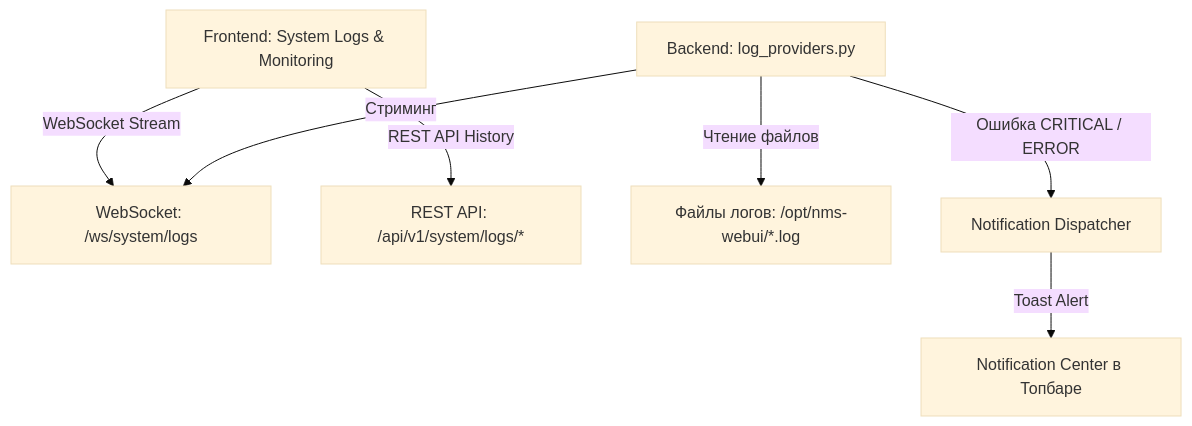
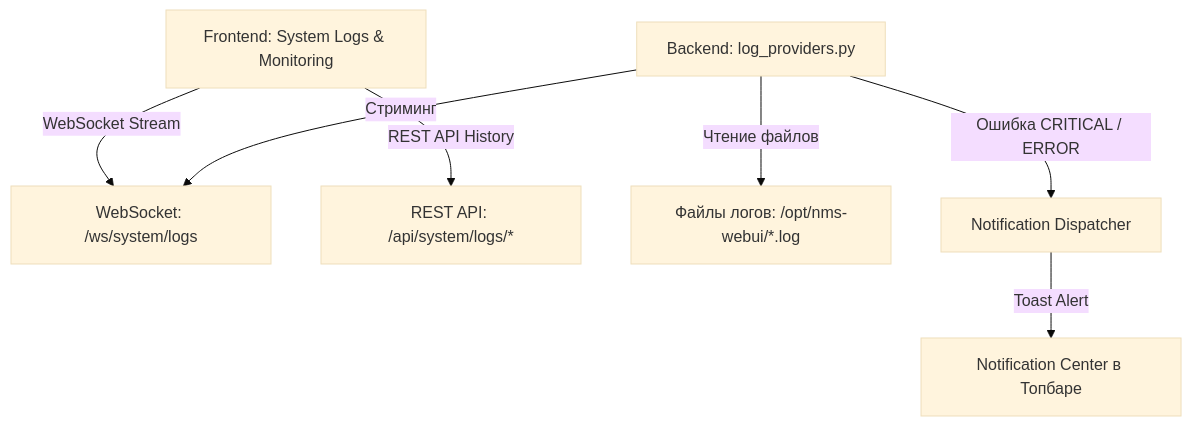
Before and after one commit to Apofixc/nms-webui: the diagram in docs/wiki/02-usage/07-system-logs-and-monitoring.md, drawn with Mermaid (base theme). The commit also changed other lines of this file and 21 other files, not shown here.

````diff
--- a/docs/wiki/02-usage/07-system-logs-and-monitoring.md
+++ b/docs/wiki/02-usage/07-system-logs-and-monitoring.md
@@ -76,9 +76,9 @@
 ```mermaid
 graph TD
     UI["Frontend: System Logs & Monitoring"] -->|WebSocket Stream| WS["WebSocket: /ws/system/logs"]
-    UI -->|REST API History| API["REST API: /api/v1/system/logs/*"]
+    UI -->|REST API History| API["REST API: /api/system/logs/*"]
     Provider["Backend: log_providers.py"] -->|Чтение файлов| LogFiles["Файлы логов: /opt/nms-webui/*.log"]
     Provider -->|Стриминг| WS
     Provider -->|Ошибка CRITICAL / ERROR| Notif["Notification Dispatcher"]
     Notif -->|Toast Alert| TopBar["Notification Center в Топбаре"]
 ```
````
